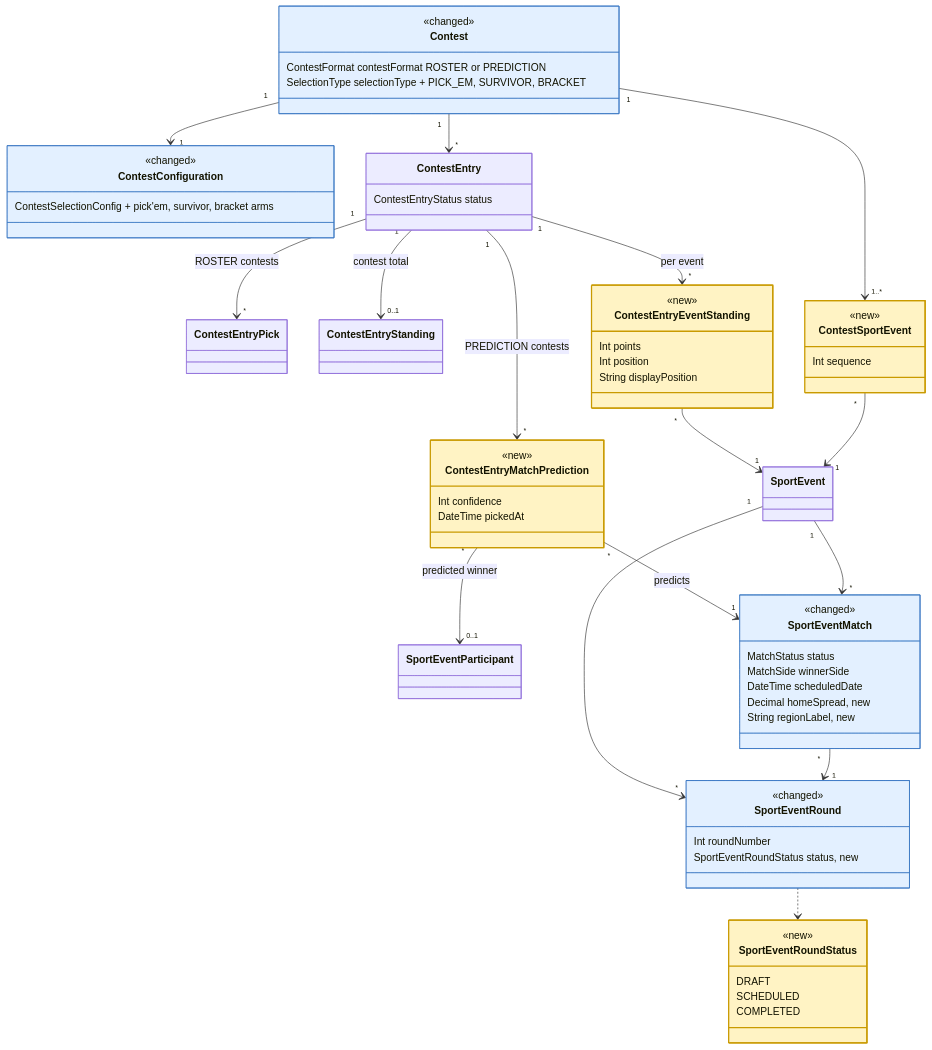
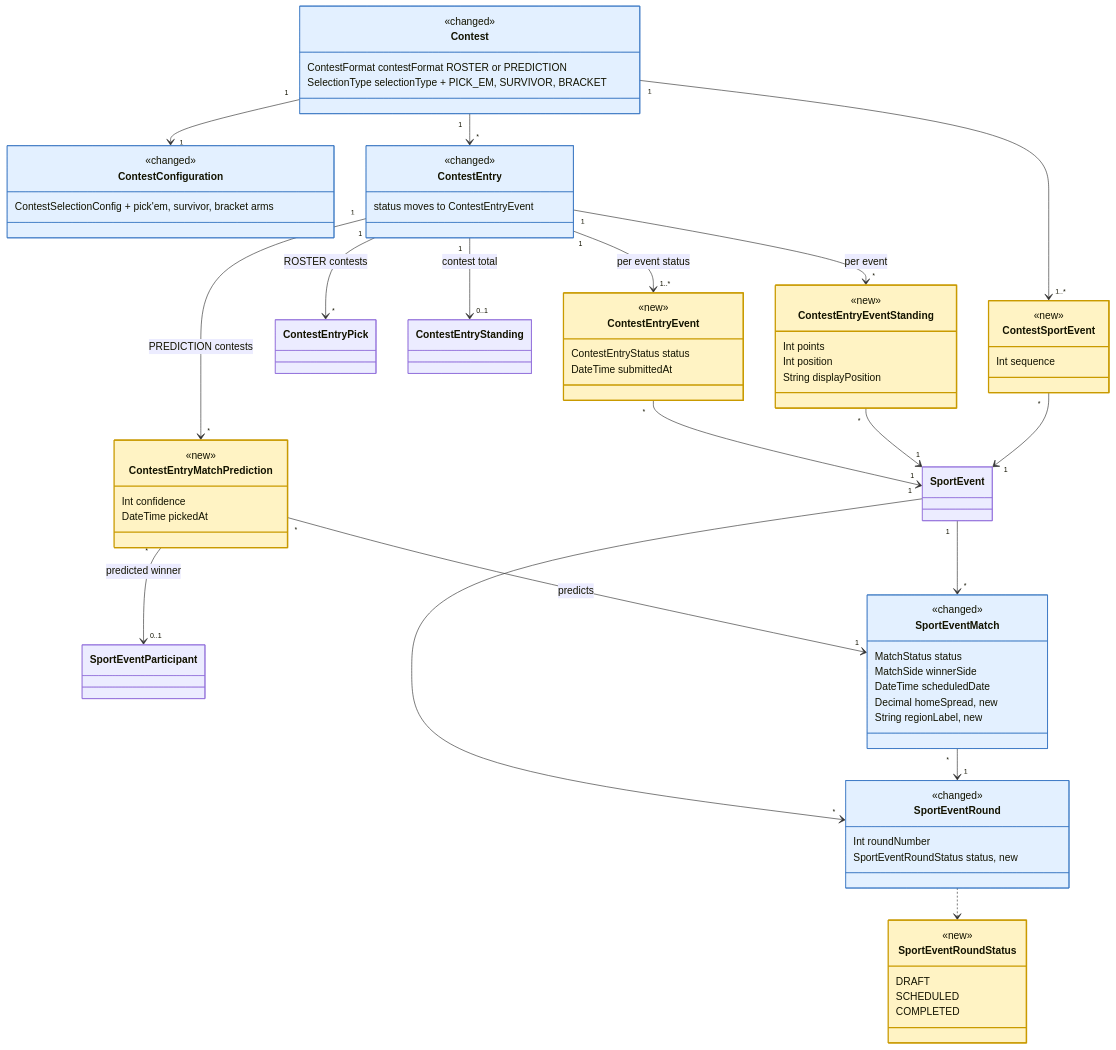
One commit to derek-dorazio/pool-master changed the fifth of 6 diagrams in plans/knockout-and-pickem-design.md. Above: the diagram before and after it, drawn with Mermaid. The commit also changed other lines of this file, not shown here.

First line of the commit message:
Design: Q5.4-Q5.7 decided; entry status per event (ContestEntryEvent), no late joining (#607)

```diff
--- a/plans/knockout-and-pickem-design.md
+++ b/plans/knockout-and-pickem-design.md
@@ -1040,7 +1047,13 @@
     ContestSelectionConfig  + pick'em, survivor, bracket arms
   }
   class ContestEntry {
+    <<changed>>
+    status moves to ContestEntryEvent
+  }
+  class ContestEntryEvent {
+    <<new>>
     ContestEntryStatus status
+    DateTime submittedAt
   }
   class ContestEntryPick
   class ContestEntryMatchPrediction {
@@ -1087,6 +1100,8 @@
   ContestEntryMatchPrediction "*" --> "1" SportEventMatch : predicts
   ContestEntryMatchPrediction "*" --> "0..1" SportEventParticipant : predicted winner
   ContestEntry "1" --> "0..1" ContestEntryStanding : contest total
+  ContestEntry "1" --> "1..*" ContestEntryEvent : per event status
+  ContestEntryEvent "*" --> "1" SportEvent
   ContestEntry "1" --> "*" ContestEntryEventStanding : per event
   ContestEntryEventStanding "*" --> "1" SportEvent
   Contest "1" --> "1..*" ContestSportEvent
@@ -1100,6 +1115,8 @@
   style ContestEntryMatchPrediction fill:#fff3c4,stroke:#c99a00,stroke-width:2px
   style ContestEntryEventStanding fill:#fff3c4,stroke:#c99a00,stroke-width:2px
   style ContestSportEvent fill:#fff3c4,stroke:#c99a00,stroke-width:2px
+  style ContestEntryEvent fill:#fff3c4,stroke:#c99a00,stroke-width:2px
+  style ContestEntry fill:#e3f0ff,stroke:#3b78c4
   style SportEventRoundStatus fill:#fff3c4,stroke:#c99a00,stroke-width:2px
   style SportEventRound fill:#e3f0ff,stroke:#3b78c4
   style SportEventMatch fill:#e3f0ff,stroke:#3b78c4
```
